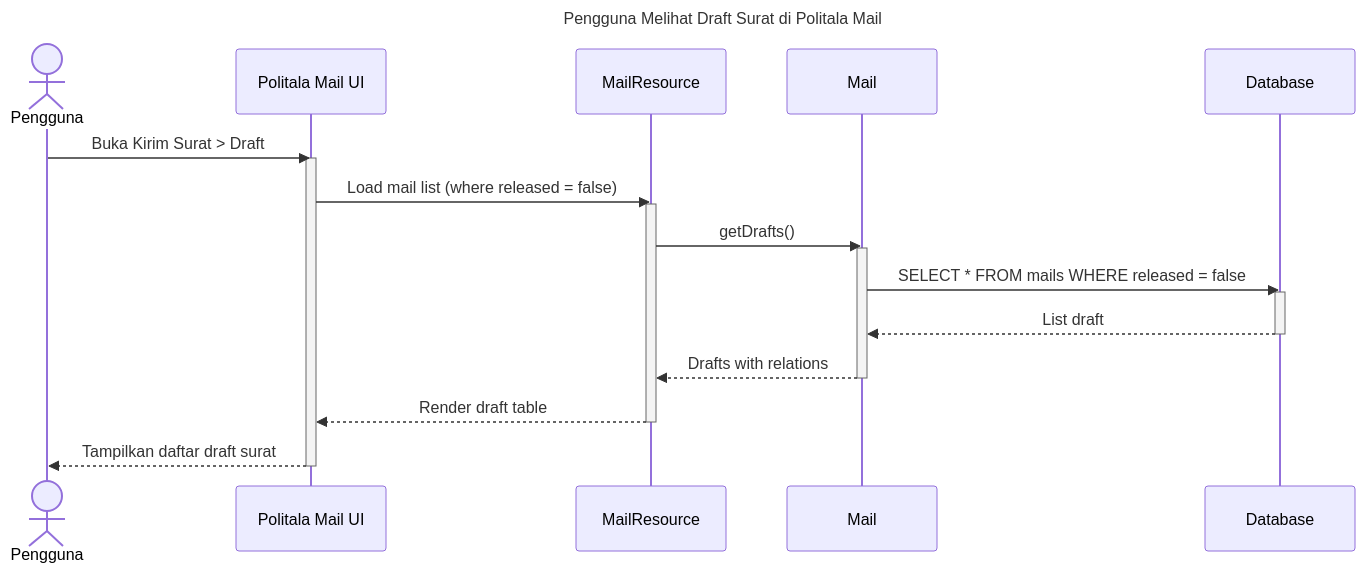
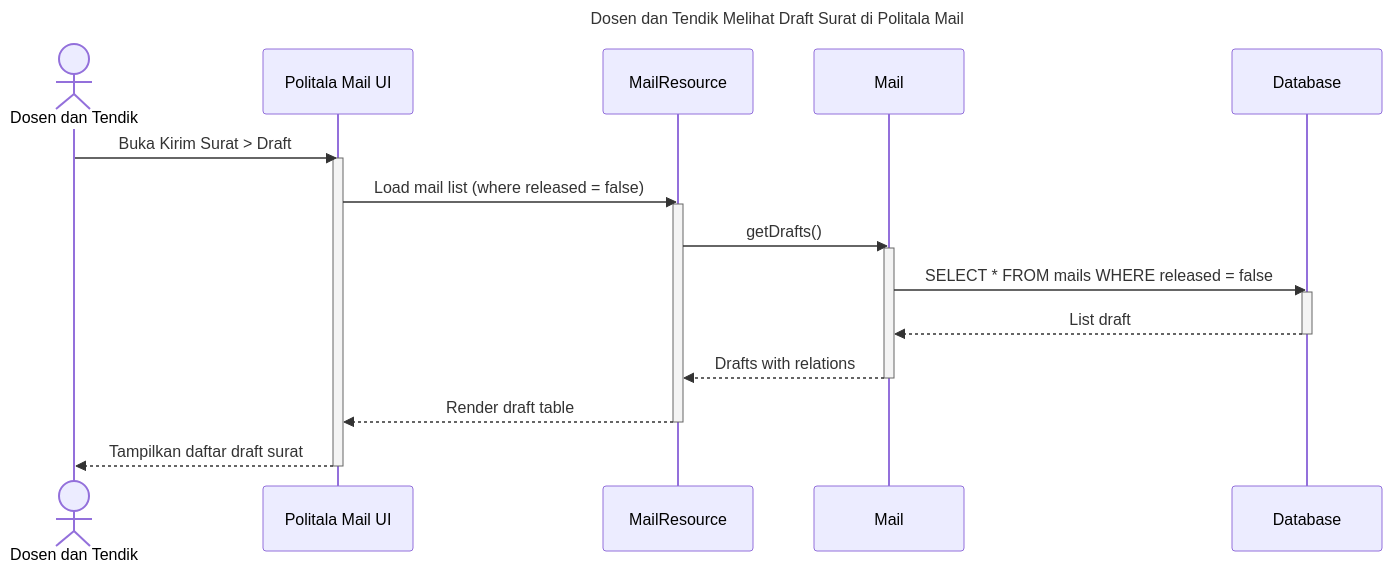
Before and after one commit to davidhadinugroho24601/UML-politala-mail: the diagram in Manage Sent Mails/read draft.md, drawn with Mermaid. The commit also changed 9 other files, not shown here.

````diff
--- a/Manage Sent Mails/read draft.md
+++ b/Manage Sent Mails/read draft.md
@@ -1,30 +1,30 @@
 ```mermaid
 
 sequenceDiagram
-    title Pengguna Melihat Draft Surat di Politala Mail
+    title Dosen dan Tendik Melihat Draft Surat di Politala Mail
 
-    actor Pengguna
+    actor Dosen dan Tendik
     participant FilamentUI as Politala Mail UI
     participant MailResource
     participant MailModel as Mail
     participant DB as Database
 
-    Pengguna ->> FilamentUI: Buka Kirim Surat > Draft
+    Dosen dan Tendik ->> FilamentUI: Buka Kirim Surat > Draft
     activate FilamentUI
     FilamentUI ->> MailResource: Load mail list (where released = false)
     activate MailResource
     MailResource ->> MailModel: getDrafts()
     activate MailModel
     MailModel ->> DB: SELECT * FROM mails WHERE released = false
     activate DB
     DB -->> MailModel: List draft
     deactivate DB
     MailModel -->> MailResource: Drafts with relations
     deactivate MailModel
     MailResource -->> FilamentUI: Render draft table
     deactivate MailResource
-    FilamentUI -->> Pengguna: Tampilkan daftar draft surat
+    FilamentUI -->> Dosen dan Tendik: Tampilkan daftar draft surat
     deactivate FilamentUI
 
 
 ```
````
